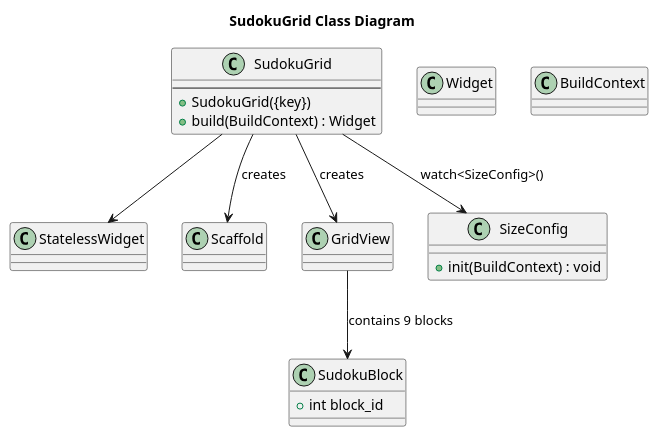
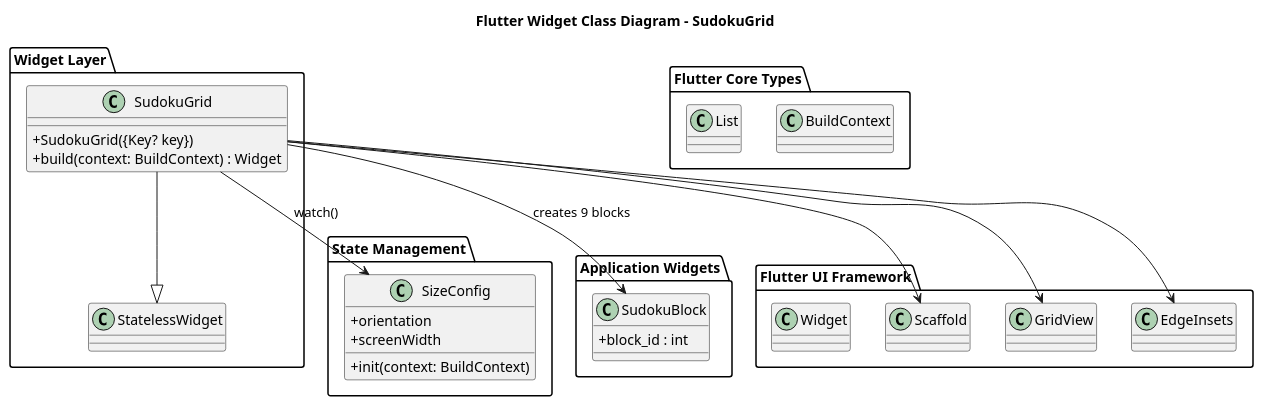
Before and after one commit to MirkoThulke/Dart_Flutter_Sudoku: the diagram in lib/sudoku/sudoku_grid.puml, drawn with PlantUML. The commit also changed 42 other files, not shown here.

Commit message:
Doc: PlantUml update

```diff
--- a/lib/sudoku/sudoku_grid.puml
+++ b/lib/sudoku/sudoku_grid.puml
@@ -1,44 +1,65 @@
-@startuml
-title SudokuGrid Class Diagram
+@startuml SudokuGrid_ClassDiagram
+title Flutter Widget Class Diagram - SudokuGrid
 
-' ----------------------------------------------------------
-' Flutter base classes
-' ----------------------------------------------------------
+skinparam classAttributeIconSize 0
+skinparam shadowing false
+
+package "Widget Layer" {
+
+class SudokuGrid {
++SudokuGrid({Key? key})
++build(context: BuildContext) : Widget
+}
+
 class StatelessWidget
-class Widget
-class BuildContext
+SudokuGrid --|> StatelessWidget
+
+}
+
+package "State Management" {
+
+class SizeConfig {
++init(context: BuildContext)
++orientation
++screenWidth
+}
+
+}
+
+package "Application Widgets" {
+
+class SudokuBlock {
++block_id : int
+}
+
+}
+
+package "Flutter UI Framework" {
+
 class Scaffold
 class GridView
-class SudokuBlock {
-    +int block_id
+class EdgeInsets
+class Widget
+
 }
 
-class SizeConfig {
-    +init(BuildContext) : void
+package "Flutter Core Types" {
+
+class BuildContext
+class List
+
 }
 
-' ----------------------------------------------------------
-' SudokuGrid widget
-' ----------------------------------------------------------
-class SudokuGrid {
-    --
-    +SudokuGrid({key})
-    +build(BuildContext) : Widget
-}
+'-----------------------------------
+' Relationships
+'-----------------------------------
 
-' ----------------------------------------------------------
-' Inheritance
-' ----------------------------------------------------------
-SudokuGrid --> StatelessWidget
+SudokuGrid --> SizeConfig : watch()
 
-' ----------------------------------------------------------
-' Internal widget relationships
-' ----------------------------------------------------------
-SudokuGrid --> GridView : creates
-SudokuGrid --> Scaffold : creates
-GridView --> SudokuBlock : contains 9 blocks
+SudokuGrid --> Scaffold
+SudokuGrid --> GridView
+SudokuGrid --> EdgeInsets
 
-' Provider / Watch relationships
-SudokuGrid --> SizeConfig : watch<SizeConfig>()
+SudokuGrid --> SudokuBlock : creates 9 blocks
 
 @enduml
```
